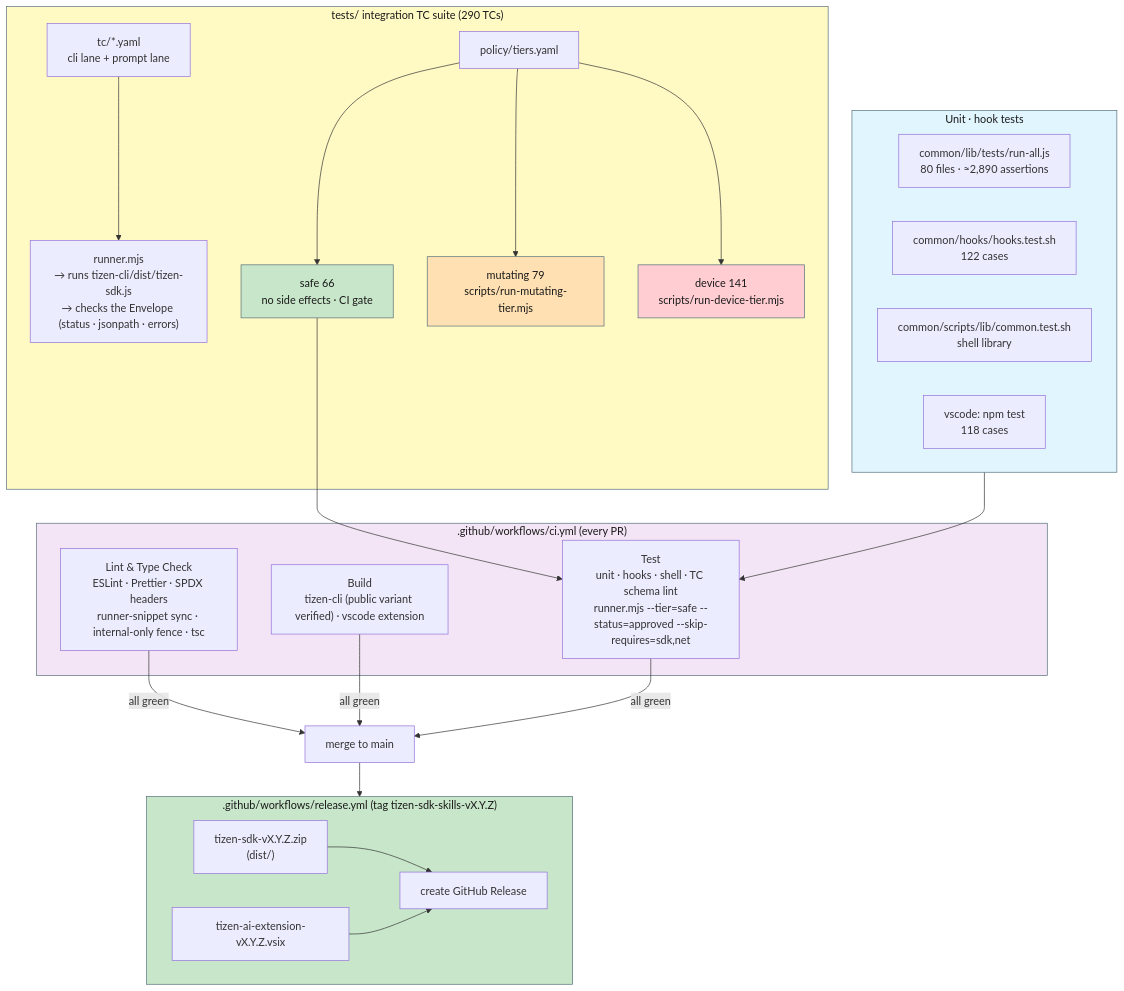
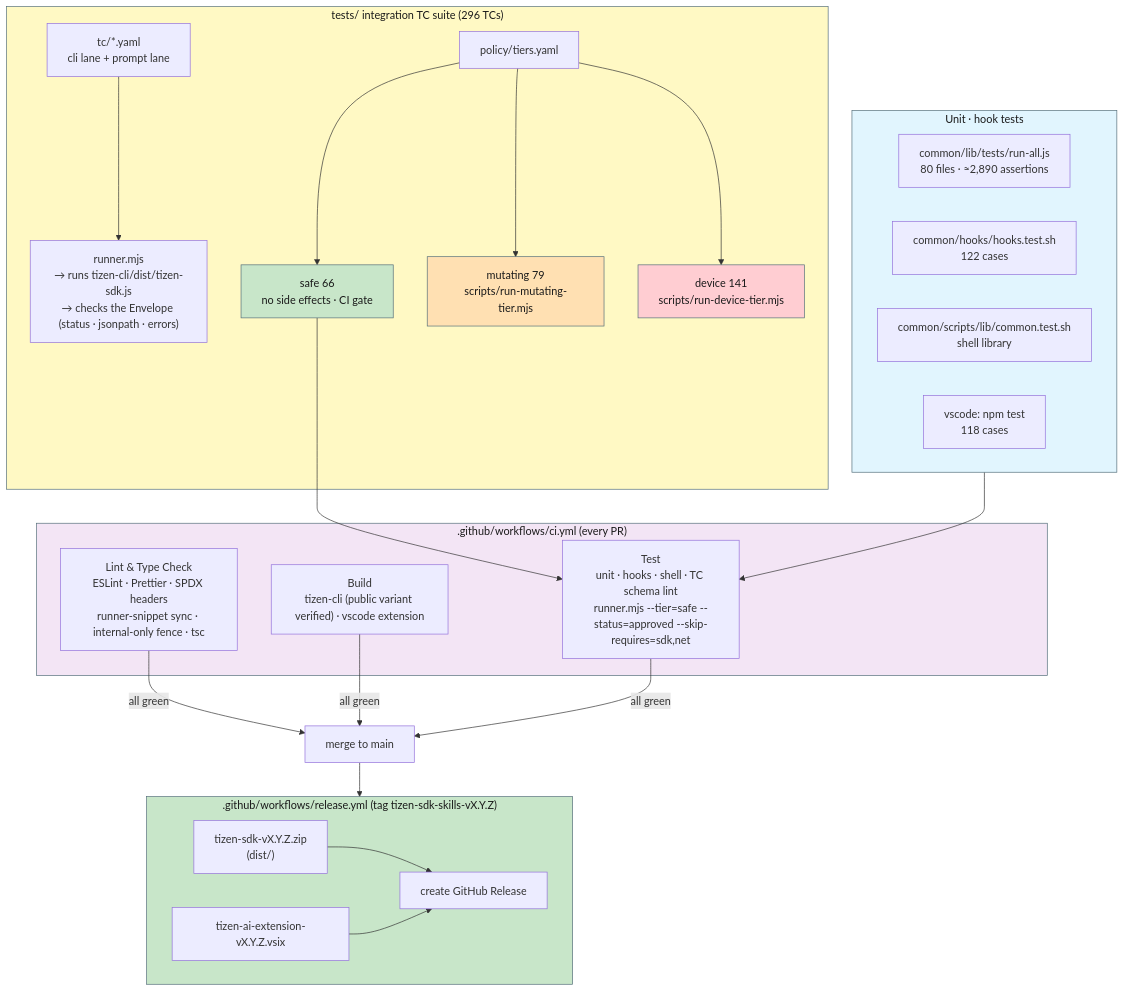
One commit to Samsung/tizen-agent-skills changed the tenth of 10 diagrams in tizen-sdk-skills/docs/ARCHITECTURE_DIAGRAMS.en.md. Above: the diagram before and after it, drawn with Mermaid. The commit also changed other lines of this file and 3 other files, not shown here.

````diff
--- a/tizen-sdk-skills/docs/ARCHITECTURE_DIAGRAMS.en.md
+++ b/tizen-sdk-skills/docs/ARCHITECTURE_DIAGRAMS.en.md
@@ -449,45 +449,45 @@
 ```mermaid
 graph TB
     subgraph UNIT["Unit · hook tests"]
         UT["common/lib/tests/run-all.js<br/>80 files · ≈2,890 assertions"]
         HT["common/hooks/hooks.test.sh<br/>122 cases"]
         SLT["common/scripts/lib/common.test.sh<br/>shell library"]
         VT["vscode: npm test<br/>118 cases"]
     end
 
-    subgraph SUITE["tests/ integration TC suite (290 TCs)"]
+    subgraph SUITE["tests/ integration TC suite (296 TCs)"]
         TC["tc/*.yaml<br/>cli lane + prompt lane"]
         RUNNER["runner.mjs<br/>→ runs tizen-cli/dist/tizen-sdk.js<br/>→ checks the Envelope (status · jsonpath · errors)"]
         TIERS["policy/tiers.yaml"]
         SAFE["safe 66<br/>no side effects · CI gate"]
         MUT["mutating 79<br/>scripts/run-mutating-tier.mjs"]
         DEV["device 141<br/>scripts/run-device-tier.mjs"]
         TC --> RUNNER
         TIERS --> SAFE & MUT & DEV
     end
 
     subgraph CI[".github/workflows/ci.yml (every PR)"]
         J1["Lint & Type Check<br/>ESLint · Prettier · SPDX headers<br/>runner-snippet sync · internal-only fence · tsc"]
         J2["Build<br/>tizen-cli (public variant verified) · vscode extension"]
         J3["Test<br/>unit · hooks · shell · TC schema lint<br/>runner.mjs --tier=safe --status=approved --skip-requires=sdk,net"]
     end
 
     subgraph REL[".github/workflows/release.yml (tag tizen-sdk-skills-vX.Y.Z)"]
         R1["tizen-sdk-vX.Y.Z.zip<br/>(dist/)"]
         R2["tizen-ai-extension-vX.Y.Z.vsix"]
         R3["create GitHub Release"]
         R1 & R2 --> R3
     end
 
     UNIT --> J3
     SAFE --> J3
     J1 & J2 & J3 -->|"all green"| MERGE["merge to main"] --> REL
 
     style UNIT fill:#e1f5fe,stroke:#546e7a,color:#1a1a1a
     style SUITE fill:#fff9c4,stroke:#546e7a,color:#1a1a1a
     style SAFE fill:#c8e6c9,stroke:#546e7a,color:#1a1a1a
     style MUT fill:#ffe0b2,stroke:#546e7a,color:#1a1a1a
     style DEV fill:#ffcdd2,stroke:#546e7a,color:#1a1a1a
     style CI fill:#f3e5f5,stroke:#546e7a,color:#1a1a1a
     style REL fill:#c8e6c9,stroke:#546e7a,color:#1a1a1a
 ```
````
